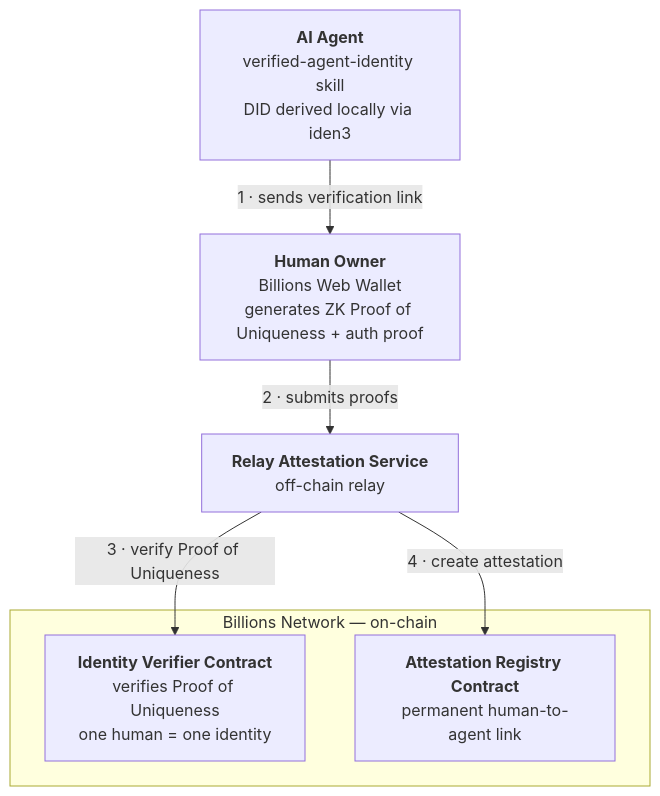
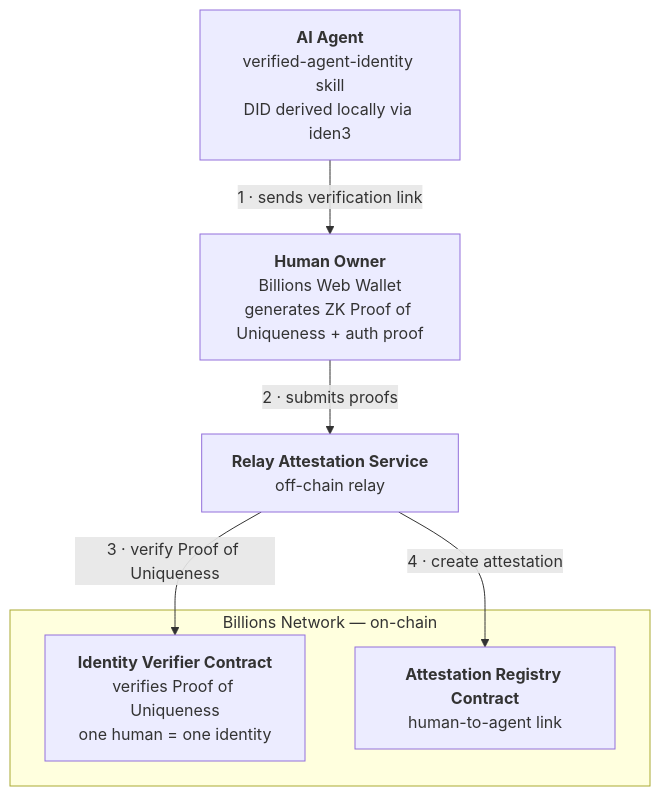
One commit to BillionsNetwork/docs changed the diagram in agents/identity-architecture.mdx. Above: the diagram before and after it, drawn with Mermaid. The commit also changed other lines of this file and 18 other files, not shown here.

````diff
--- a/agents/identity-architecture.mdx
+++ b/agents/identity-architecture.mdx
@@ -33,16 +33,16 @@
 ```mermaid
 flowchart TB
     Agent["<b>AI Agent</b><br/>verified-agent-identity skill<br/>DID derived locally via iden3"]
     Human["<b>Human Owner</b><br/>Billions Web Wallet<br/>generates ZK Proof of Uniqueness + auth proof"]
     Relay["<b>Relay Attestation Service</b><br/>off-chain relay"]
 
     subgraph chain["Billions Network — on-chain"]
         Verifier["<b>Identity Verifier Contract</b><br/>verifies Proof of Uniqueness<br/>one human = one identity"]
-        Registry["<b>Attestation Registry Contract</b><br/>permanent human-to-agent link"]
+        Registry["<b>Attestation Registry Contract</b><br/>human-to-agent link"]
     end
 
     Agent -- "1 · sends verification link" --> Human
     Human -- "2 · submits proofs" --> Relay
     Relay -- "3 · verify Proof of Uniqueness" --> Verifier
     Relay -- "4 · create attestation" --> Registry
 ```
````
